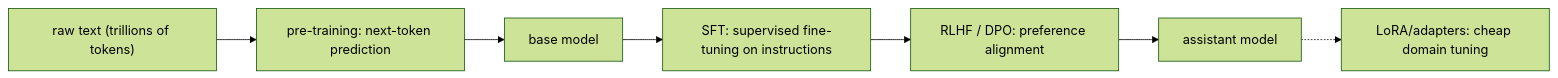
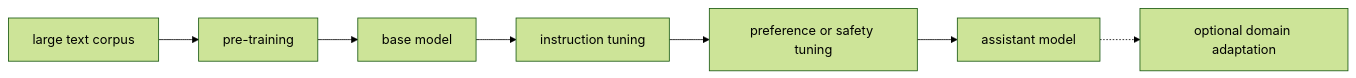
The diagram in docs/learn/01-training.md (balureddy003/Naro), drawn with Mermaid (forest theme) before and after one commit. The commit also changed other lines of this file and 52 other files, not shown here.

````diff
--- a/docs/learn/01-training.md
+++ b/docs/learn/01-training.md
@@ -16,9 +13,9 @@
 ```mermaid
 flowchart LR
-    A["raw text (trillions of tokens)"] --> B["pre-training: next-token prediction"]
+    A["large text corpus"] --> B["pre-training"]
     B --> C["base model"]
-    C --> D["SFT: supervised fine-tuning on instructions"]
-    D --> E["RLHF / DPO: preference alignment"]
+    C --> D["instruction tuning"]
+    D --> E["preference or safety tuning"]
     E --> F["assistant model"]
-    F -.-> G["LoRA/adapters: cheap domain tuning"]
+    F -.-> G["optional domain adaptation"]
 ```
````
